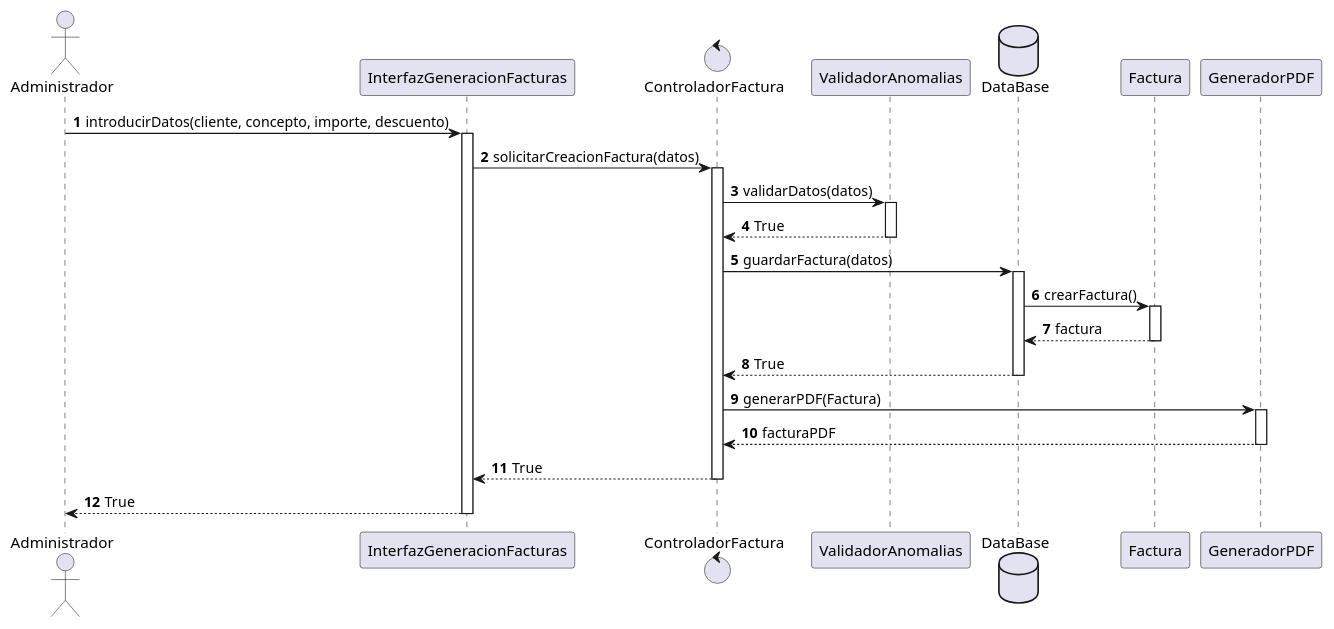
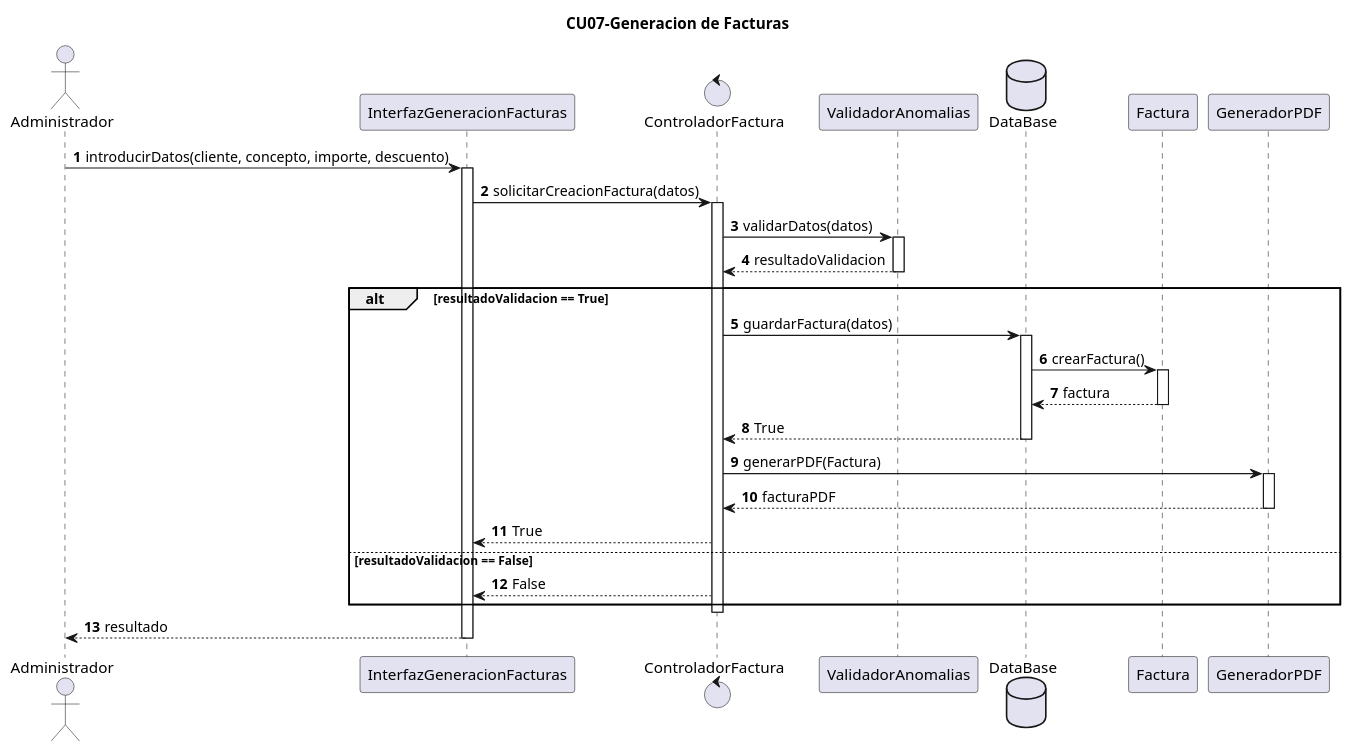
The diagram in Diagramas/DiagramasSecuencia/CU07/DiagramaSecuencia.puml (sandrardguezz/trabajo-ada), drawn with PlantUML before and after one commit.

Commit message:
Actualizacion del diagrama de secuencia

```diff
--- a/Diagramas/DiagramasSecuencia/CU07/DiagramaSecuencia.puml
+++ b/Diagramas/DiagramasSecuencia/CU07/DiagramaSecuencia.puml
@@ -1,47 +1,49 @@
 @startuml
+title CU07-Generacion de Facturas
 autonumber
 actor Administrador as admin
 participant InterfazGeneracionFacturas as interfaz
 control ControladorFactura as controlador
 participant ValidadorAnomalias as validar
 database DataBase as database
 participant Factura
 participant GeneradorPDF as PDF
 
 admin -> interfaz: introducirDatos(cliente, concepto, importe, descuento)
 activate interfaz
 
 interfaz -> controlador: solicitarCreacionFactura(datos)
 activate controlador
 
 controlador -> validar: validarDatos(datos)
 activate validar
-validar --> controlador: True
+validar --> controlador: resultadoValidacion
 deactivate validar
 
-controlador -> database: guardarFactura(datos)
-activate database
-
-database -> Factura: crearFactura()
-activate Factura
-Factura --> database: factura
-deactivate Factura
-
-database --> controlador: True
-deactivate database
-
-controlador -> PDF: generarPDF(Factura) 
-activate PDF
-PDF --> controlador: facturaPDF
-deactivate PDF
+alt resultadoValidacion == True
+   controlador -> database: guardarFactura(datos)
+   activate database
+   database -> Factura: crearFactura()
+   activate Factura
+   Factura --> database: factura
+   deactivate Factura
+   database --> controlador: True
+   deactivate database
+   controlador -> PDF: generarPDF(Factura) 
+   activate PDF
+   PDF --> controlador: facturaPDF
+   deactivate PDF
+   controlador --> interfaz: True
+else resultadoValidacion == False
+   controlador --> interfaz: False
+'Ha habido un fallo, ya que ha detectado anomalías' 
+end  
 
 
-
-controlador --> interfaz: True
 deactivate controlador
 
-interfaz --> admin: True
+interfaz --> admin: resultado
 deactivate interfaz
 
 
 @enduml
```
